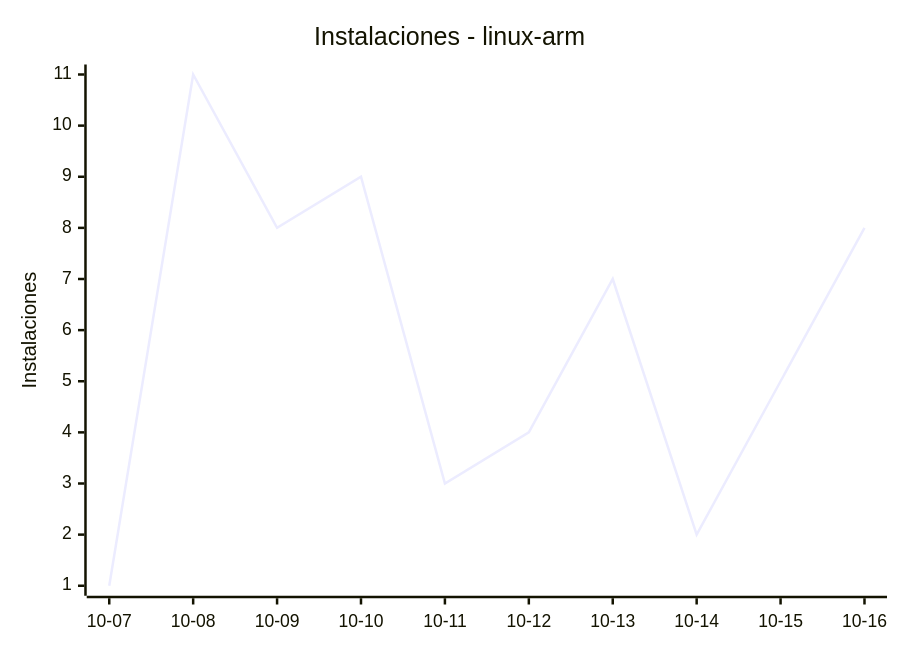
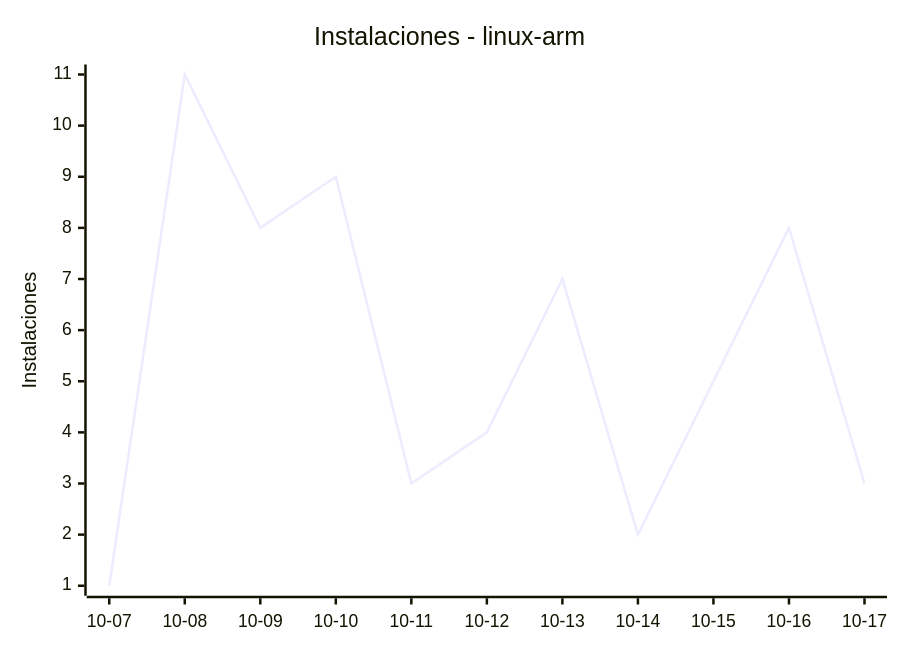
Before and after one commit to EmuDeck/stats: the fifth of 8 diagrams in README.md, drawn with Mermaid. The commit also changed other lines of this file and 2 other files, not shown here.

````diff
--- a/README.md
+++ b/README.md
@@ -60,7 +60,7 @@
 ```mermaid
 xychart-beta
     title "Instalaciones - linux-arm"
-    x-axis ["10-07", "10-08", "10-09", "10-10", "10-11", "10-12", "10-13", "10-14", "10-15", "10-16"]
+    x-axis ["10-07", "10-08", "10-09", "10-10", "10-11", "10-12", "10-13", "10-14", "10-15", "10-16", "10-17"]
     y-axis "Instalaciones"
-    line [1, 11, 8, 9, 3, 4, 7, 2, 5, 8]
+    line [1, 11, 8, 9, 3, 4, 7, 2, 5, 8, 3]
 ```
````
